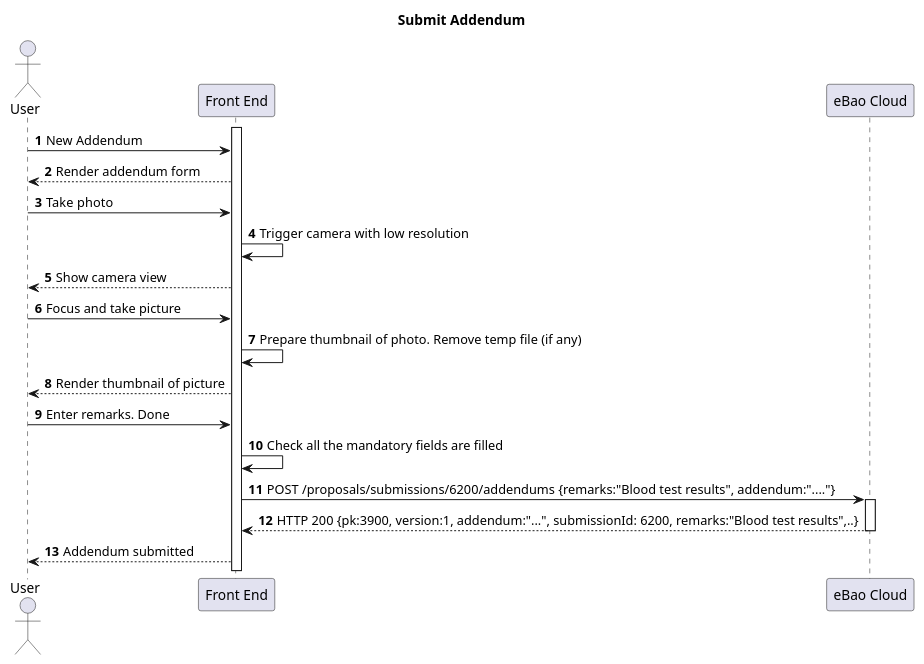
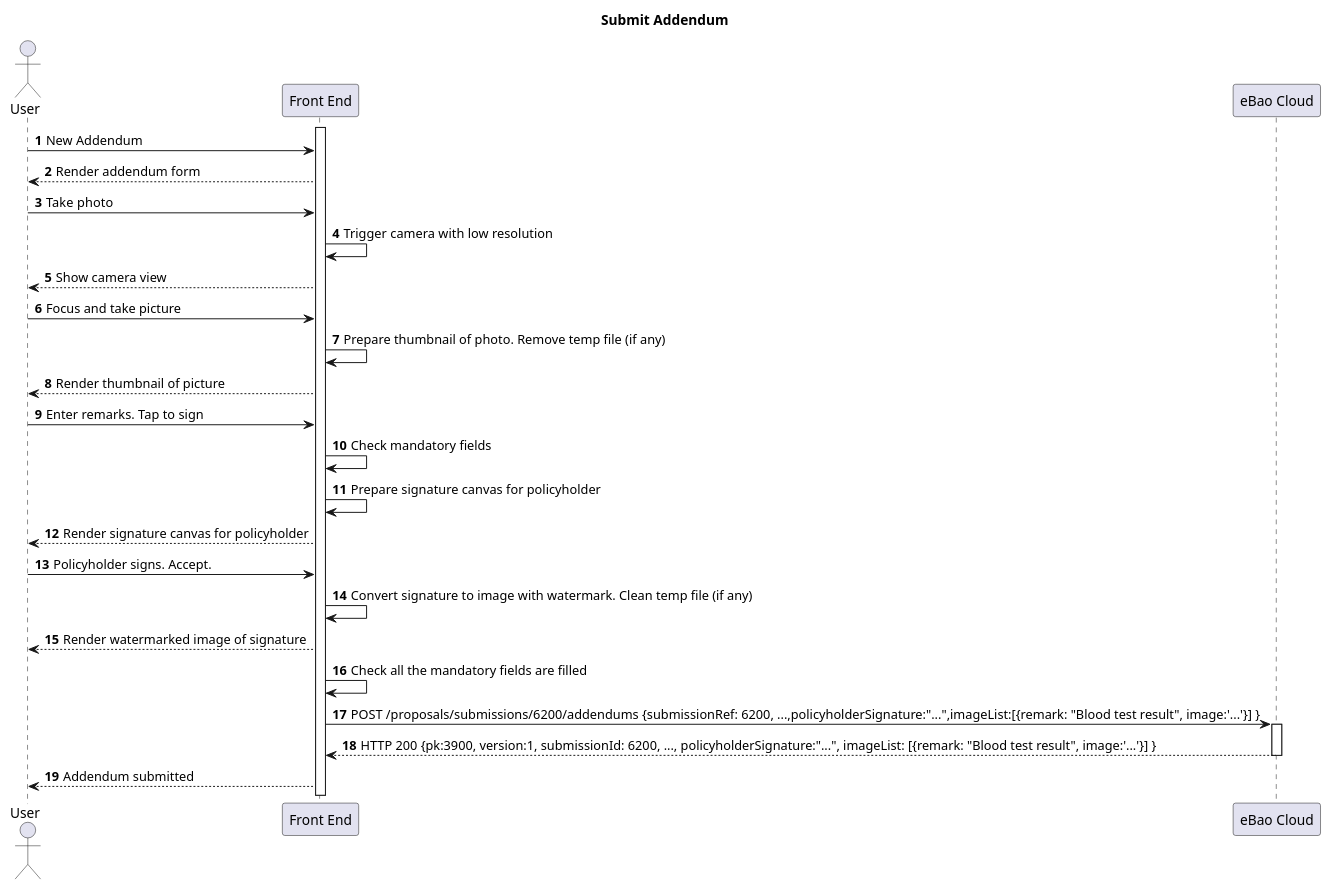
Diagram 13 of 13 in markdown/proposals.md (yitchoong/cloudapi), drawn with PlantUML before and after one commit. The commit also changed other lines of this file and 10 other files, not shown here.

Commit message:
Changes to addendum. Allow multiple image per addendum and add signature field

````diff
--- a/markdown/proposals.md
+++ b/markdown/proposals.md
@@ -642,26 +646,31 @@
 ```puml
 title **Submit Addendum**
 actor "User" as user
 participant "Front End" as front
 participant "eBao Cloud" as ebao
 autonumber
 
 activate front
-user -> front : New Addendum
+user -> front  : New Addendum
 front --> user : Render addendum form
-user -> front : Take photo
+user -> front  : Take photo
 front -> front : Trigger camera with low resolution
 front --> user : Show camera view
-user -> front : Focus and take picture
+user -> front  : Focus and take picture
 front -> front : Prepare thumbnail of photo. Remove temp file (if any)
 front --> user : Render thumbnail of picture
-user -> front : Enter remarks. Done
+user -> front  : Enter remarks. Tap to sign
+front -> front : Check mandatory fields
+front -> front :Prepare signature canvas for policyholder
+front --> user : Render signature canvas for policyholder
+user -> front  : Policyholder signs. Accept.
+front -> front : Convert signature to image with watermark. Clean temp file (if any)
+front --> user : Render watermarked image of signature
 front -> front : Check all the mandatory fields are filled
-
-front -> ebao: POST /proposals/submissions/6200/addendums {remarks:"Blood test results", addendum:"...."}
+front -> ebao  : POST /proposals/submissions/6200/addendums {submissionRef: 6200, ...,policyholderSignature:"...",imageList:[{remark: "Blood test result", image:'...'}] }
 activate ebao
-ebao --> front : HTTP 200 {pk:3900, version:1, addendum:"...", submissionId: 6200, remarks:"Blood test results",..}
+ebao --> front : HTTP 200 {pk:3900, version:1, submissionId: 6200, ..., policyholderSignature:"...", imageList: [{remark: "Blood test result", image:'...'}] }
 deactivate ebao
 front --> user : Addendum submitted
 
 ```
````
